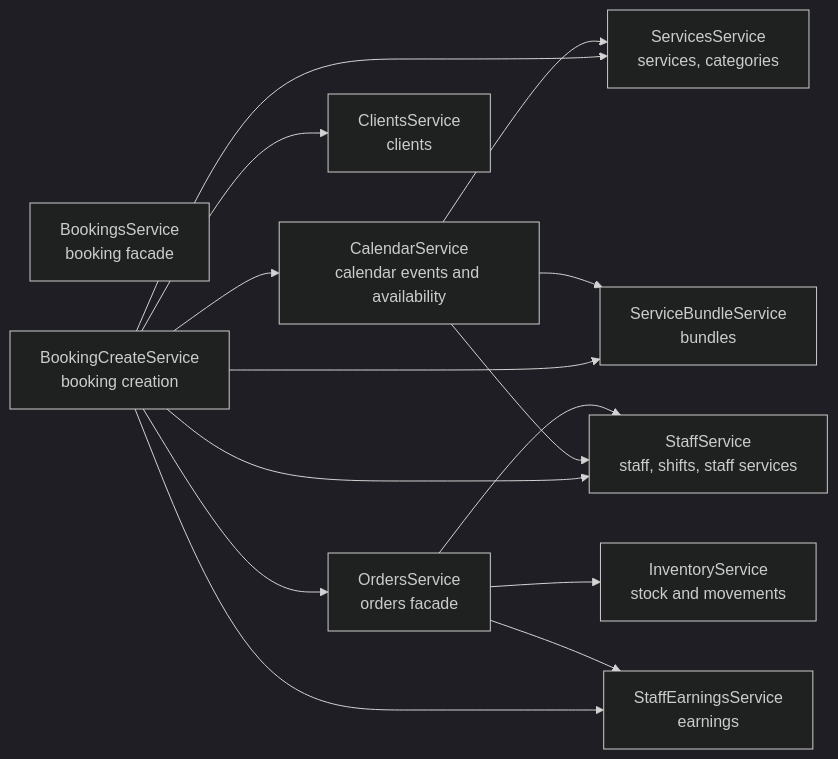
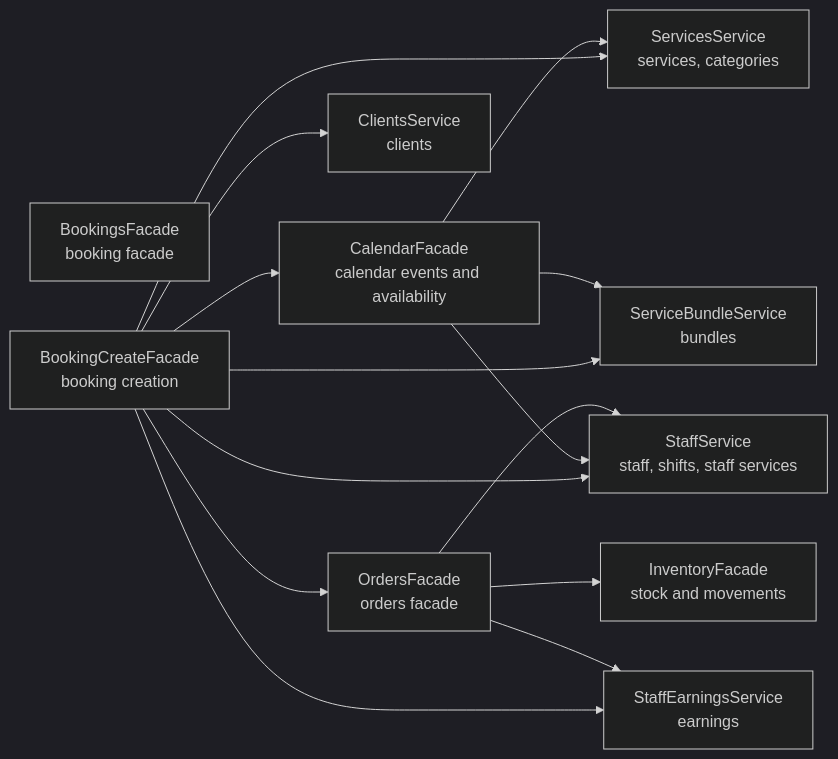
The diagram in docs/architecture/domain-ownership.md (pavelnagorsky/crm-core), drawn with Mermaid (dark theme) before and after one commit. The commit also changed other lines of this file and 577 other files, not shown here.

````diff
--- a/docs/architecture/domain-ownership.md
+++ b/docs/architecture/domain-ownership.md
@@ -40,29 +41,29 @@
 ```mermaid
 flowchart LR
   StaffService[StaffService\nstaff, shifts, staff services]
   ServicesService[ServicesService\nservices, categories]
   ServiceBundleService[ServiceBundleService\nbundles]
-  CalendarService[CalendarService\ncalendar events and availability]
+  CalendarFacade[CalendarFacade\ncalendar events and availability]
   ClientsService[ClientsService\nclients]
-  BookingsService[BookingsService\nbooking facade]
-  BookingCreateService[BookingCreateService\nbooking creation]
-  OrdersService[OrdersService\norders facade]
-  InventoryService[InventoryService\nstock and movements]
+  BookingsFacade[BookingsFacade\nbooking facade]
+  BookingCreateFacade[BookingCreateFacade\nbooking creation]
+  OrdersFacade[OrdersFacade\norders facade]
+  InventoryFacade[InventoryFacade\nstock and movements]
   StaffEarningsService[StaffEarningsService\nearnings]
 
-  BookingCreateService --> CalendarService
-  BookingCreateService --> ClientsService
-  BookingCreateService --> StaffService
-  BookingCreateService --> ServicesService
-  BookingCreateService --> ServiceBundleService
-  BookingCreateService --> OrdersService
-  BookingCreateService --> StaffEarningsService
+  BookingCreateFacade --> CalendarFacade
+  BookingCreateFacade --> ClientsService
+  BookingCreateFacade --> StaffService
+  BookingCreateFacade --> ServicesService
+  BookingCreateFacade --> ServiceBundleService
+  BookingCreateFacade --> OrdersFacade
+  BookingCreateFacade --> StaffEarningsService
 
-  CalendarService --> StaffService
-  CalendarService --> ServicesService
-  CalendarService --> ServiceBundleService
+  CalendarFacade --> StaffService
+  CalendarFacade --> ServicesService
+  CalendarFacade --> ServiceBundleService
 
-  OrdersService --> InventoryService
-  OrdersService --> StaffEarningsService
-  OrdersService --> StaffService
+  OrdersFacade --> InventoryFacade
+  OrdersFacade --> StaffEarningsService
+  OrdersFacade --> StaffService
 ```
````
